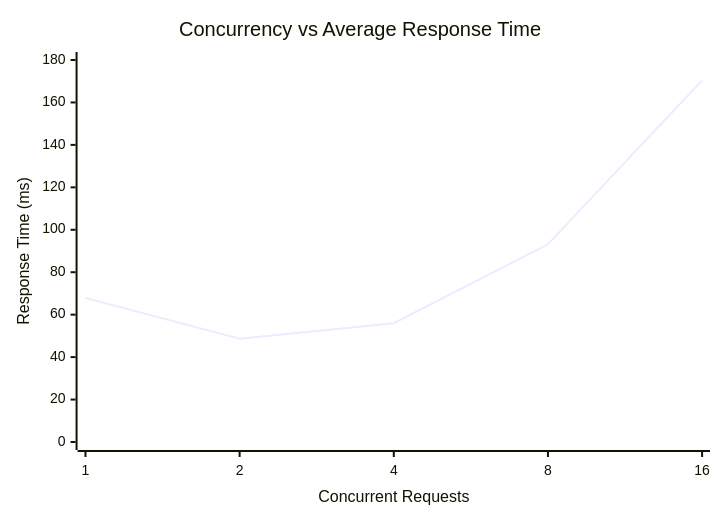
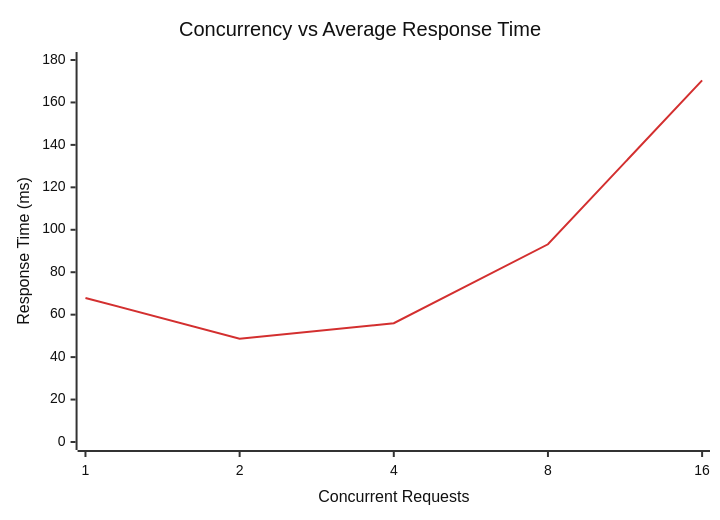
One commit to chaitanya-m5/CC-hospital-microservices changed the second of 4 diagrams in README.md. Above: the diagram before and after it, drawn with Mermaid. The commit also changed other lines of this file, not shown here.

First line of the commit message:
Refactor README with updated charts and table format

````diff
--- a/README.md
+++ b/README.md
@@ -187,9 +187,24 @@
 ```mermaid
-%%{init: {'theme':'default', 'themeVariables': {'primaryColor':'#FF1744', 'lineColor':'#FF1744', 'primaryTextColor':'#000000', 'primaryBorderColor':'#FF1744', 'textColor':'#000000'}}}%%
-
+---
+config:
+  theme: base
+  themeVariables:
+    xyChart:
+      backgroundColor: "#FFFFFF"
+      titleColor: "#111111"
+      xAxisLabelColor: "#111111"
+      xAxisTitleColor: "#111111"
+      xAxisTickColor: "#333333"
+      xAxisLineColor: "#333333"
+      yAxisLabelColor: "#111111"
+      yAxisTitleColor: "#111111"
+      yAxisTickColor: "#333333"
+      yAxisLineColor: "#333333"
+      plotColorPalette: "#D32F2F"
+---
 xychart-beta
     title "Concurrency vs Average Response Time"
     x-axis "Concurrent Requests" [1, 2, 4, 8, 16]
     y-axis "Response Time (ms)" 0 --> 180
     line [67.87, 48.70, 55.97, 93.16, 170.43]
 ```
````
